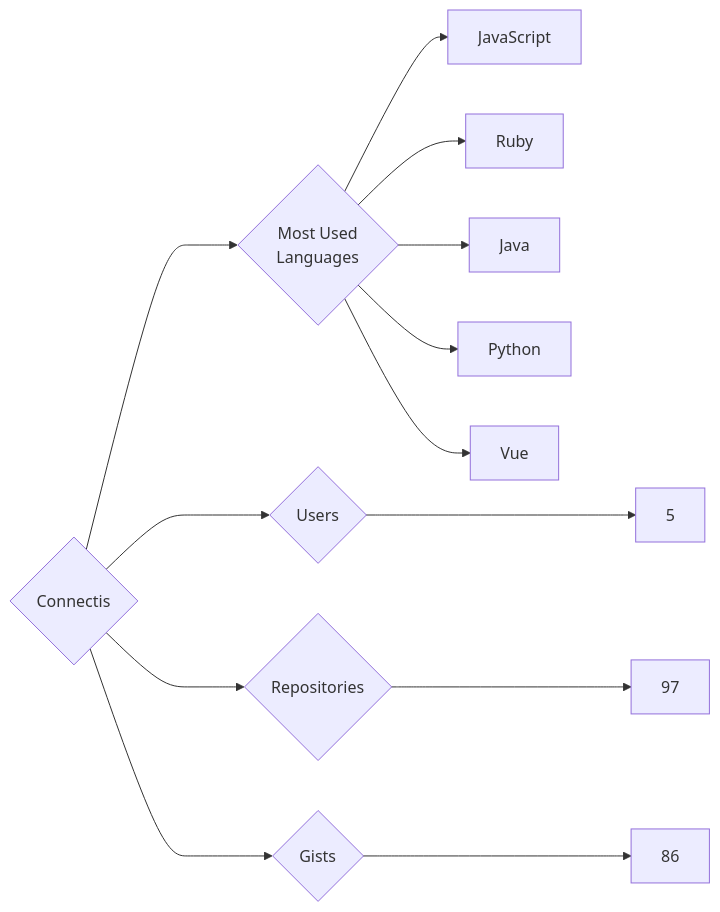
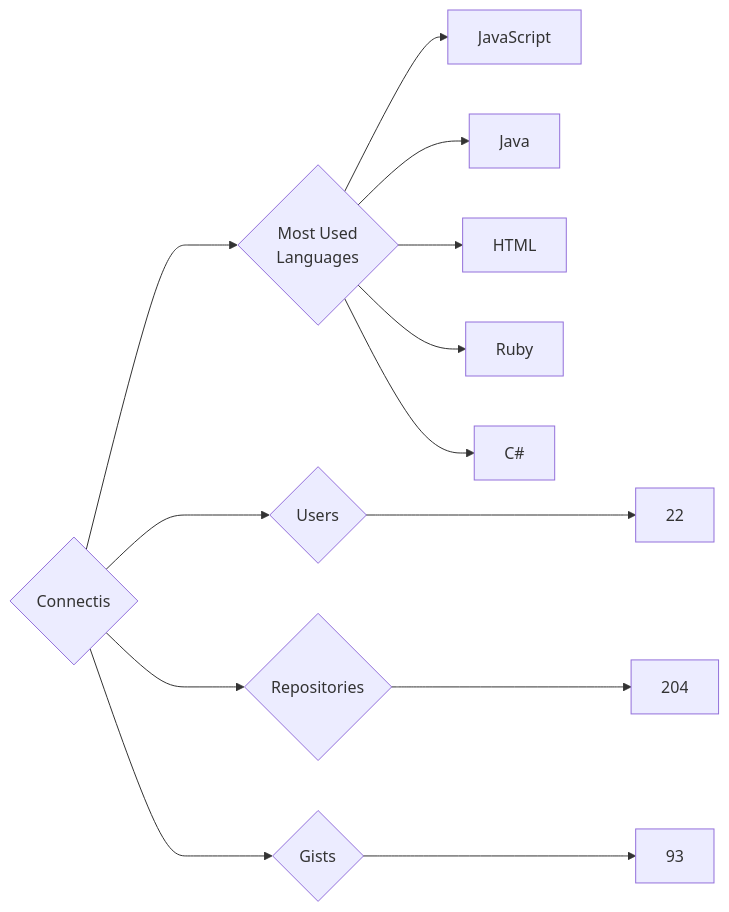
Before and after one commit to trickest/insiders: the diagram in targets/Connectis/README.md, drawn with Mermaid. The commit also changed 693 other files, not shown here.

````diff
--- a/targets/Connectis/README.md
+++ b/targets/Connectis/README.md
@@ -3,13 +3,13 @@
 ```mermaid
 graph LR
 COMPANY_NAME{Connectis}
-COMPANY_NAME ---> U{Users} ---> UN[5]
-COMPANY_NAME ---> R{Repositories} ---> RN[97]
-COMPANY_NAME ---> G{Gists} ---> GN[86]
+COMPANY_NAME ---> U{Users} ---> UN[22]
+COMPANY_NAME ---> R{Repositories} ---> RN[204]
+COMPANY_NAME ---> G{Gists} ---> GN[93]
 COMPANY_NAME ---> ML{Most Used<br>Languages}
 ML --> JavaScript[JavaScript]
+ML --> Java[Java]
+ML --> HTML[HTML]
 ML --> Ruby[Ruby]
-ML --> Java[Java]
-ML --> Python[Python]
-ML --> Vue[Vue]
+ML --> C#[C#]
 ```
````
